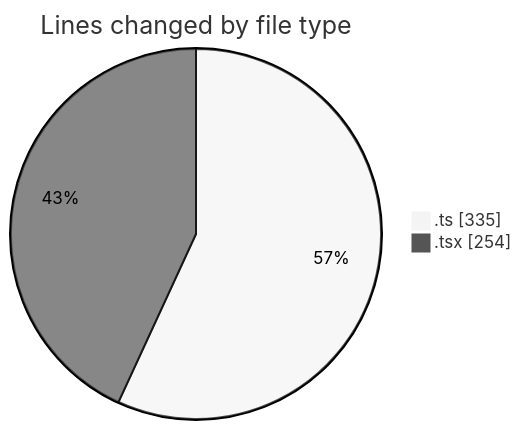
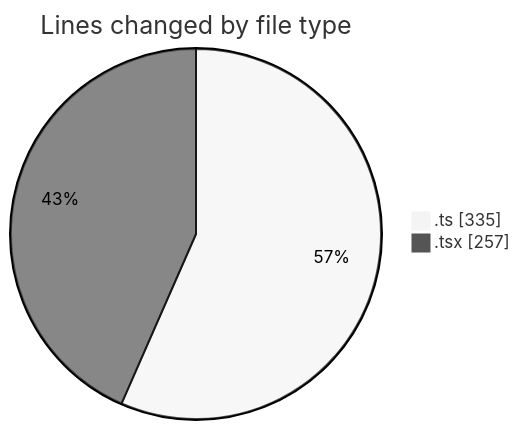
One commit to momahboobian/code-tracking changed the first of 2 diagrams in 2025-09-02/cda/README.md. Above: the diagram before and after it, drawn with Mermaid (neutral theme). The commit also changed other lines of this file and 1 other file, not shown here.

````diff
--- a/2025-09-02/cda/README.md
+++ b/2025-09-02/cda/README.md
@@ -23,6 +23,6 @@
 ```mermaid
 pie showData
 title Lines changed by file type
 ".ts" : 335
-".tsx" : 254
+".tsx" : 257
 ```
````
